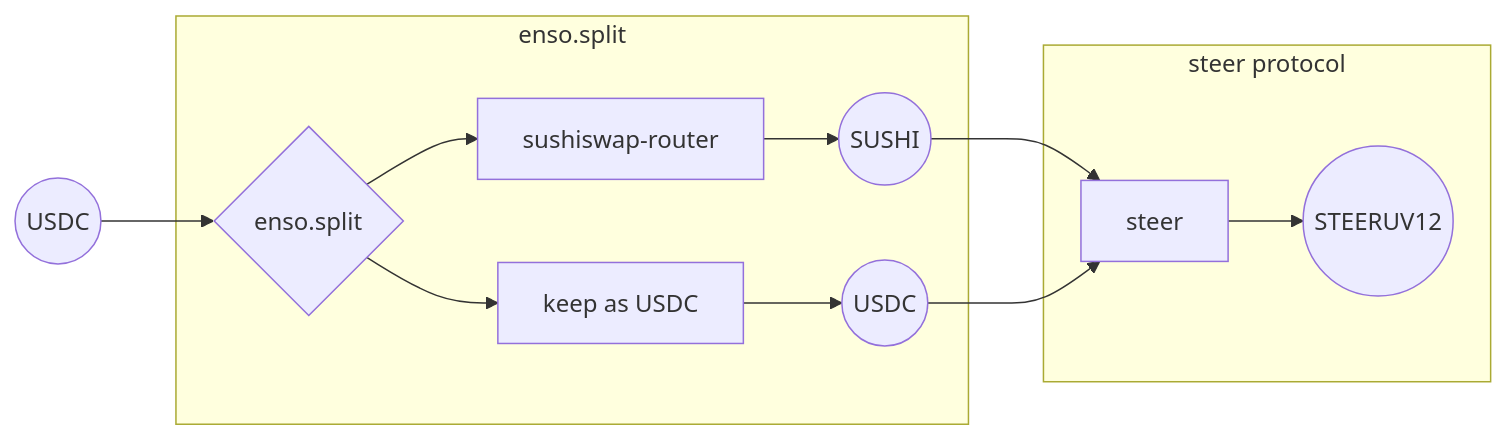
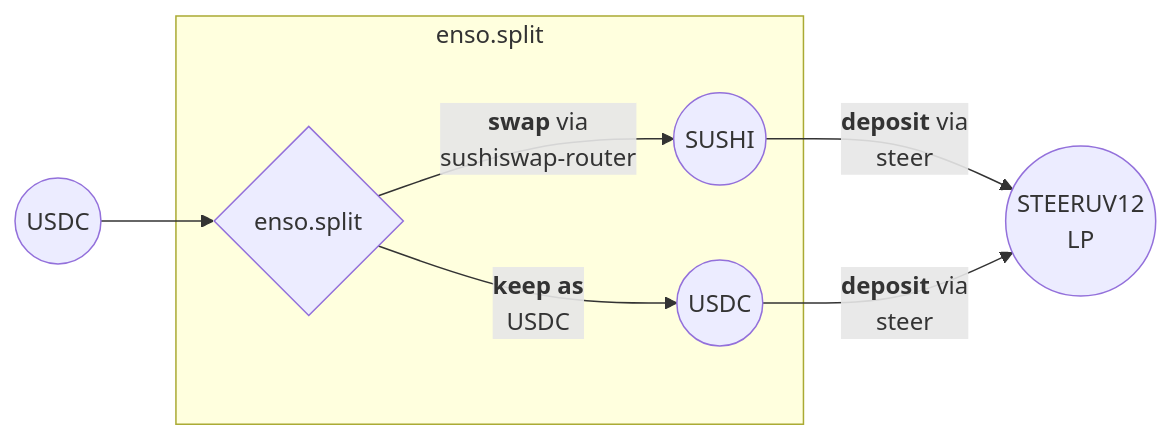
Before and after one commit to katana-network/katana-docs: diagram 12 of 13 in docs/katana/how-to/use-enso-shortcuts.md, drawn with Mermaid. The commit also changed other lines of this file, not shown here.

````diff
--- a/docs/katana/how-to/use-enso-shortcuts.md
+++ b/docs/katana/how-to/use-enso-shortcuts.md
@@ -647,17 +646,12 @@
 ```mermaid
 flowchart LR
     A((USDC)) --> B{enso.split}
     
     subgraph split ["enso.split"]
-        B --> C[sushiswap-router]
-        B --> D[keep as USDC]
-        C --> E((SUSHI))
-        D --> F((USDC))
+        B -->|<b>swap</b> via<br/>sushiswap-router| E((SUSHI))
+        B -->|<b>keep as</b><br/>USDC| F((USDC))
     end
     
-    subgraph steer ["steer protocol"]
-        E --> G[steer]
-        F --> G
-        G --> H((STEERUV12))
-    end
+    E -->|<b>deposit</b> via<br/>steer| G((STEERUV12 <br/> LP))
+    F -->|<b>deposit</b> via<br/>steer| G
 ```
````
